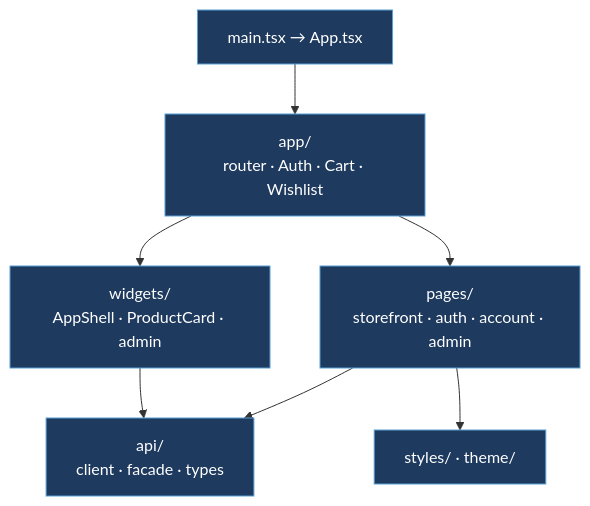
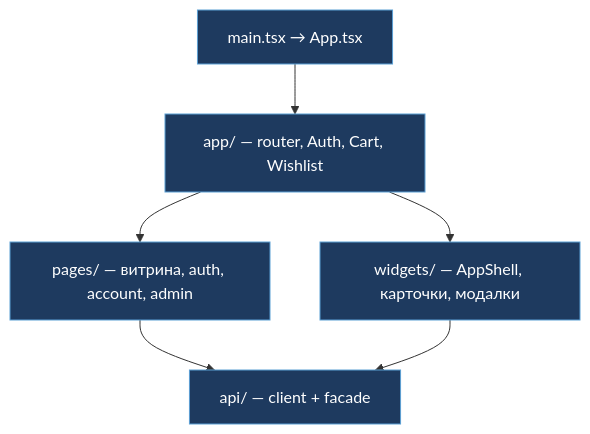
The diagram in project_defense/08_frontend-structure/diagram.mmd (ITSTEP-PERRY/perry-front), drawn with Mermaid before and after one commit. The commit also changed 41 other files, not shown here.

Commit message:
docs(defense): clearer diagrams, PPTX with per-slide descriptions.

```diff
--- a/project_defense/08_frontend-structure/diagram.mmd
+++ b/project_defense/08_frontend-structure/diagram.mmd
@@ -1,17 +1,15 @@
 flowchart TB
-  MAIN["main.tsx → App.tsx"]
-  APP["app/<br/>router · Auth · Cart · Wishlist"]
-  PAGES["pages/<br/>storefront · auth · account · admin"]
-  WID["widgets/<br/>AppShell · ProductCard · admin"]
-  API["api/<br/>client · facade · types"]
-  STY["styles/ · theme/"]
+  M["main.tsx → App.tsx"]
+  APP["app/ — router, Auth, Cart, Wishlist"]
+  PAGES["pages/ — витрина, auth, account, admin"]
+  WID["widgets/ — AppShell, карточки, модалки"]
+  API["api/ — client + facade"]
 
-  MAIN --> APP
+  M --> APP
   APP --> PAGES
   APP --> WID
   PAGES --> API
   WID --> API
-  PAGES --> STY
 
-  classDef r fill:#1e3a5f,stroke:#5b9fd4,color:#fff
-  class MAIN,APP,PAGES,WID,API,STY r
+  classDef a fill:#1e3a5f,stroke:#5b9fd4,color:#fff
+  class M,APP,PAGES,WID,API a
```
